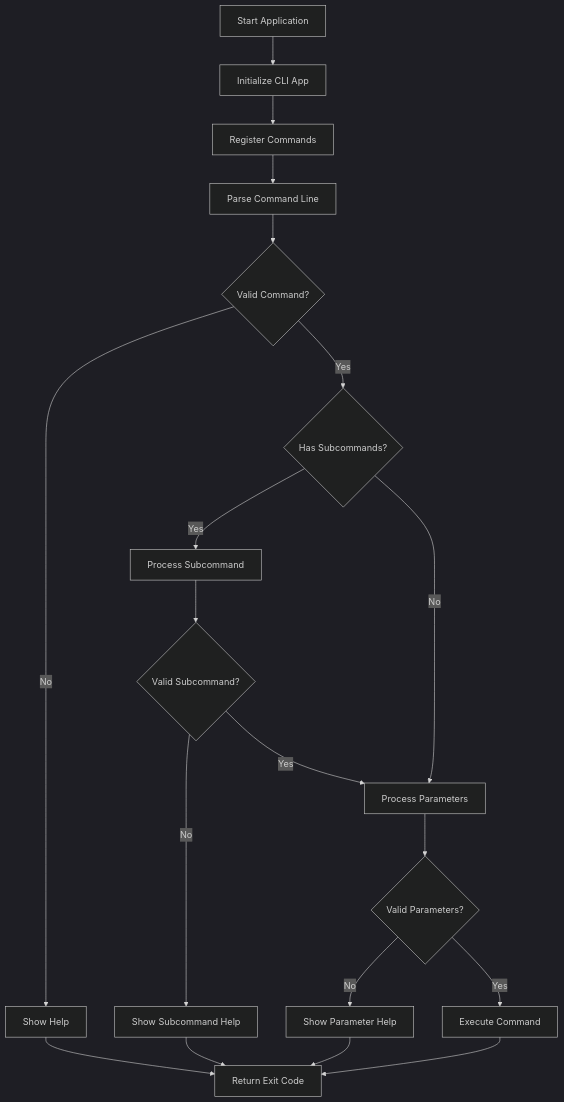
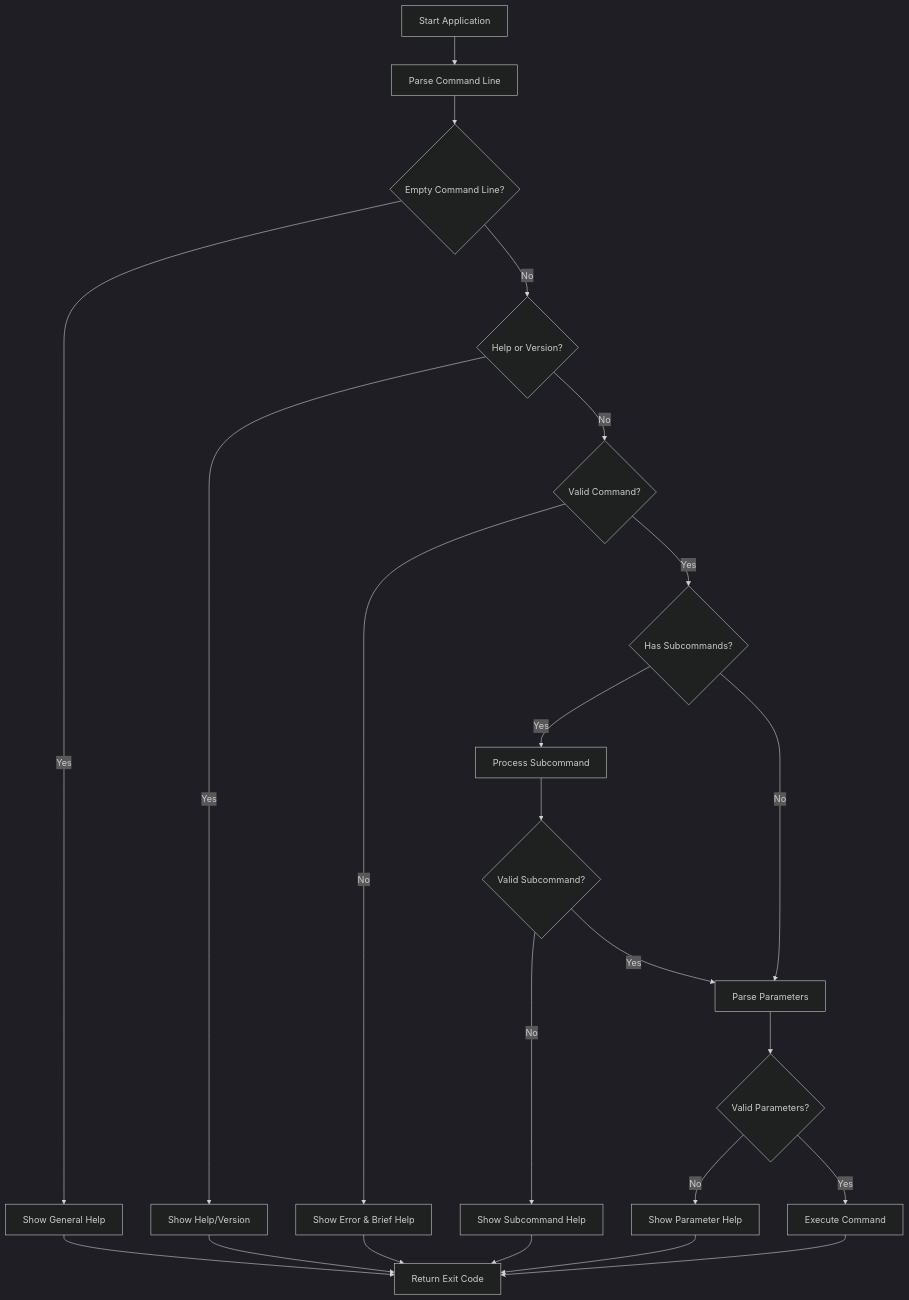
One commit to ikelaiah/cli-fp changed the first of 2 diagrams in docs/beginners-guide.md. Above: the diagram before and after it, drawn with Mermaid (dark theme). The commit also changed 1 other file, not shown here.

Commit message:
Update - Final changes, maybe?

````diff
--- a/docs/beginners-guide.md
+++ b/docs/beginners-guide.md
@@ -83,21 +83,25 @@
 ```mermaid
 flowchart TD
-    A[Start Application] --> B[Initialize CLI App]
-    B --> C[Register Commands]
-    C --> D[Parse Command Line]
-    D --> E{Valid Command?}
-    E -->|No| F[Show Help]
-    E -->|Yes| G{Has Subcommands?}
-    G -->|Yes| H[Process Subcommand]
-    H --> I{Valid Subcommand?}
-    I -->|No| J[Show Subcommand Help]
-    I -->|Yes| K[Process Parameters]
-    G -->|No| K
-    K --> L{Valid Parameters?}
-    L -->|No| M[Show Parameter Help]
-    L -->|Yes| N[Execute Command]
-    N --> O[Return Exit Code]
-    F --> O
-    J --> O
-    M --> O
+    A[Start Application] --> B[Parse Command Line]
+    B --> C{Empty Command Line?}
+    C -->|Yes| D[Show General Help]
+    C -->|No| E{Help or Version?}
+    E -->|Yes| F[Show Help/Version]
+    E -->|No| G{Valid Command?}
+    G -->|No| H[Show Error & Brief Help]
+    G -->|Yes| I{Has Subcommands?}
+    I -->|Yes| J[Process Subcommand]
+    J --> K{Valid Subcommand?}
+    K -->|No| L[Show Subcommand Help]
+    K -->|Yes| M[Parse Parameters]
+    I -->|No| M
+    M --> N{Valid Parameters?}
+    N -->|No| O[Show Parameter Help]
+    N -->|Yes| P[Execute Command]
+    P --> Q[Return Exit Code]
+    D --> Q
+    F --> Q
+    H --> Q
+    L --> Q
+    O --> Q
 ```
````
